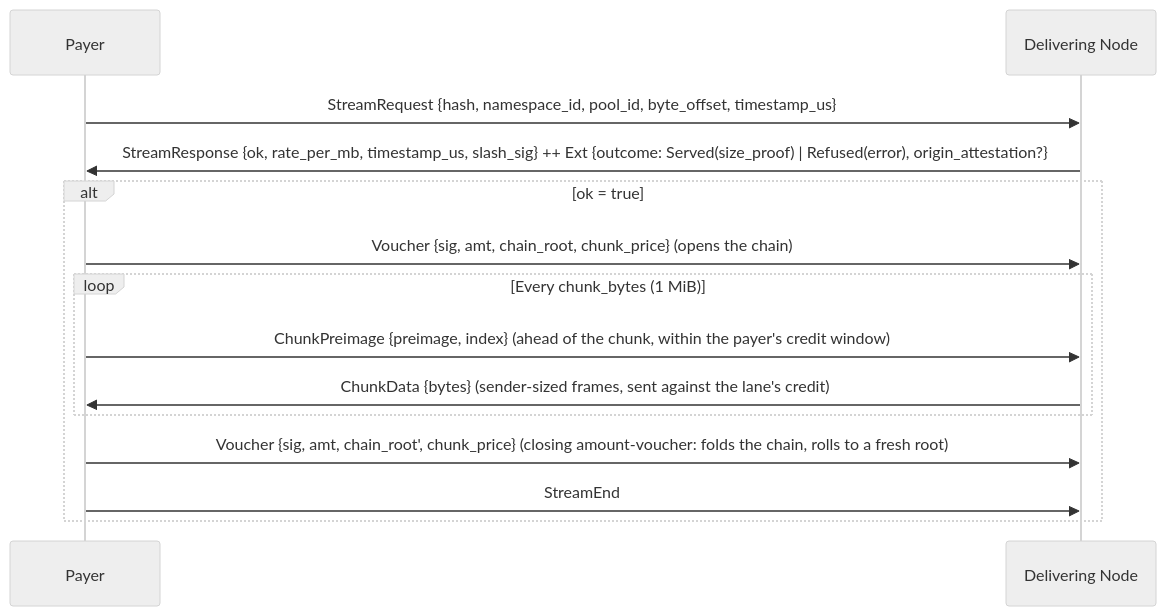
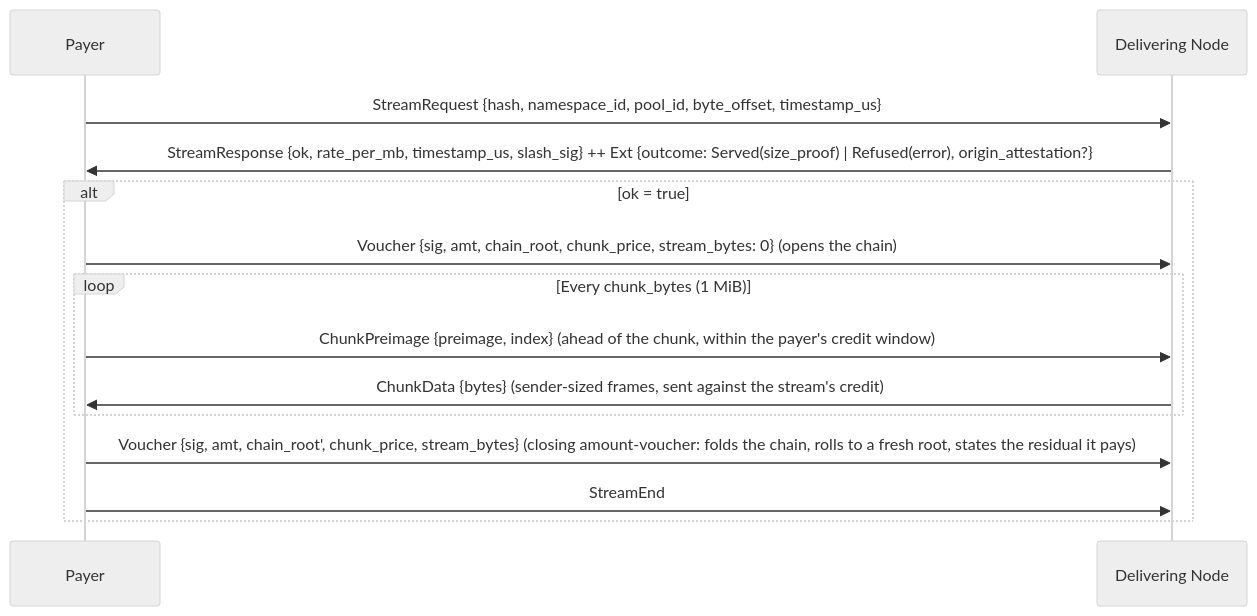
Before and after one commit to decdn/decdn: the second of 3 diagrams in adr/005-protocol.md, drawn with Mermaid (neutral theme). The commit also changed other lines of this file and 63 other files, not shown here.

````diff
--- a/adr/005-protocol.md
+++ b/adr/005-protocol.md
@@ -99,18 +99,18 @@
 ```mermaid
 sequenceDiagram
     participant P as Payer
     participant D as Delivering Node
 
     P->>D: StreamRequest {hash, namespace_id, pool_id, byte_offset, timestamp_us}
     D->>P: StreamResponse {ok, rate_per_mb, timestamp_us, slash_sig} ++ Ext {outcome: Served(size_proof) | Refused(error), origin_attestation?}
 
     alt ok = true
-        P->>D: Voucher {sig, amt, chain_root, chunk_price} (opens the chain)
+        P->>D: Voucher {sig, amt, chain_root, chunk_price, stream_bytes: 0} (opens the chain)
         loop Every chunk_bytes (1 MiB)
             P->>D: ChunkPreimage {preimage, index} (ahead of the chunk, within the payer's credit window)
-            D->>P: ChunkData {bytes} (sender-sized frames, sent against the lane's credit)
+            D->>P: ChunkData {bytes} (sender-sized frames, sent against the stream's credit)
         end
-        P->>D: Voucher {sig, amt, chain_root', chunk_price} (closing amount-voucher: folds the chain, rolls to a fresh root)
+        P->>D: Voucher {sig, amt, chain_root', chunk_price, stream_bytes} (closing amount-voucher: folds the chain, rolls to a fresh root, states the residual it pays)
         P->>D: StreamEnd
     end
 ```
````
